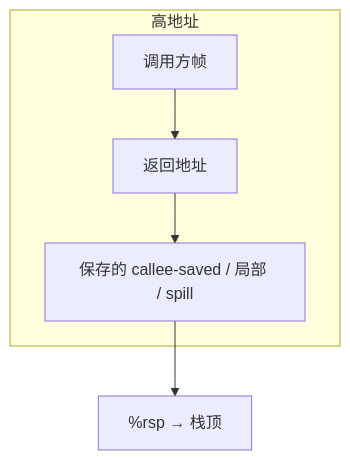
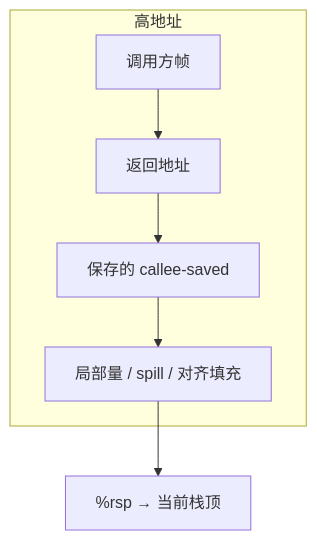
Before and after one commit to wangzh12023/langstack-101: the diagram in docs/ch02/stack-frames.md, drawn with Mermaid. The commit also changed other lines of this file and 23 other files, not shown here.

````diff
--- a/docs/ch02/stack-frames.md
+++ b/docs/ch02/stack-frames.md
@@ -15,10 +15,11 @@
 ```mermaid
 flowchart TB
   subgraph high ["高地址"]
     A["调用方帧"]
     B["返回地址"]
-    C["保存的 callee-saved / 局部 / spill"]
+    C["保存的 callee-saved"]
+    D["局部量 / spill / 对齐填充"]
   end
-  D["%rsp → 栈顶"]
-  A --> B --> C --> D
+  E["%rsp → 当前栈顶"]
+  A --> B --> C --> D --> E
 ```
````
